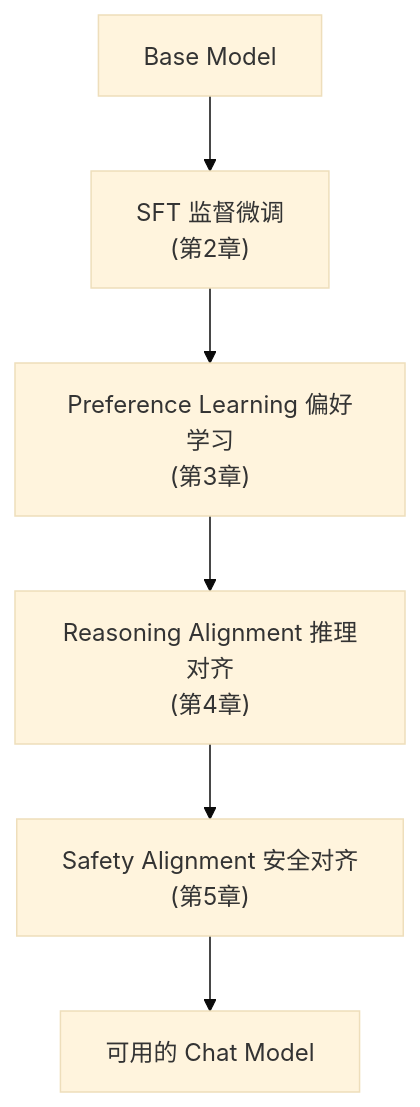
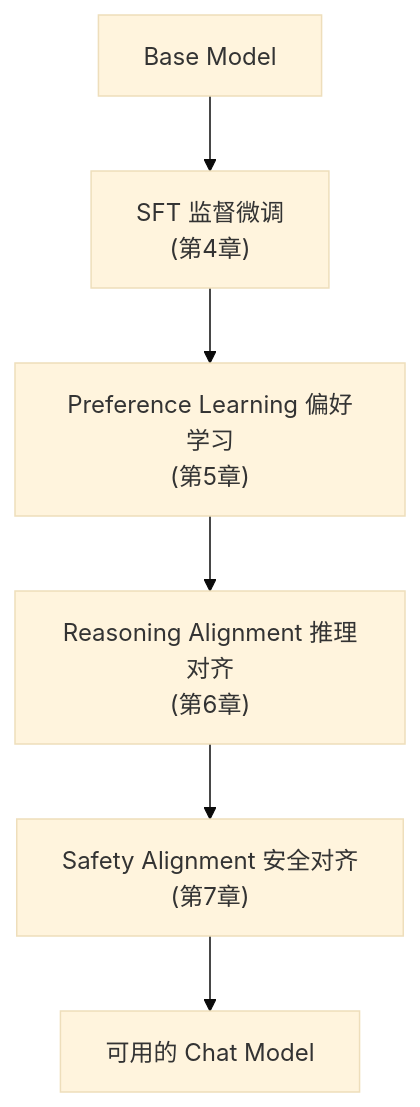
One commit to AI-learning-simple/Build-Your-Own-LLM changed the second of 3 diagrams in 2. Alignment 与训练工程/1. Alignment——从 Base Model 到对话助手.md. Above: the diagram before and after it, drawn with Mermaid (base theme). The commit also changed other lines of this file and 41 other files, not shown here.

````diff
--- a/2. Alignment 与训练工程/1. Alignment——从 Base Model 到对话助手.md
+++ b/2. Alignment 与训练工程/1. Alignment——从 Base Model 到对话助手.md
@@ -99,8 +99,8 @@
 ```mermaid
 flowchart TD
-    A[Base Model] --> B["SFT 监督微调<br/>(第2章)"]
-    B --> C["Preference Learning 偏好学习<br/>(第3章)"]
-    C --> D["Reasoning Alignment 推理对齐<br/>(第4章)"]
-    D --> E["Safety Alignment 安全对齐<br/>(第5章)"]
+    A[Base Model] --> B["SFT 监督微调<br/>(第4章)"]
+    B --> C["Preference Learning 偏好学习<br/>(第5章)"]
+    C --> D["Reasoning Alignment 推理对齐<br/>(第6章)"]
+    D --> E["Safety Alignment 安全对齐<br/>(第7章)"]
     E --> F[可用的 Chat Model]
 ```
````
